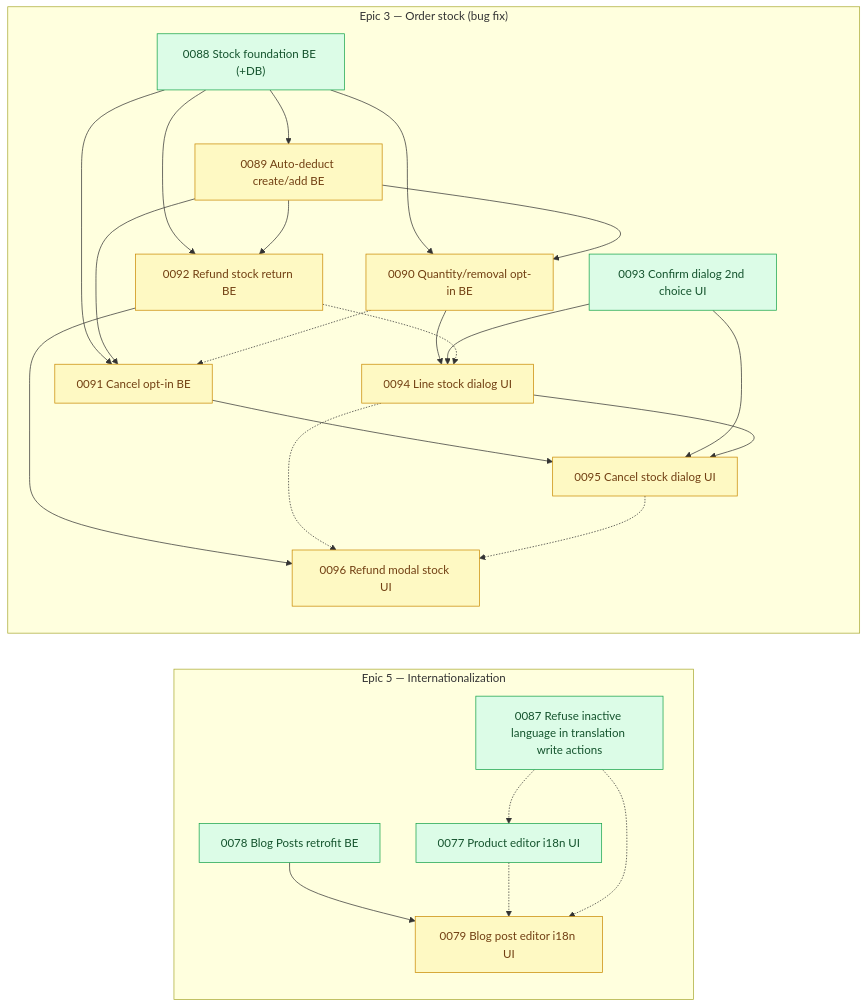
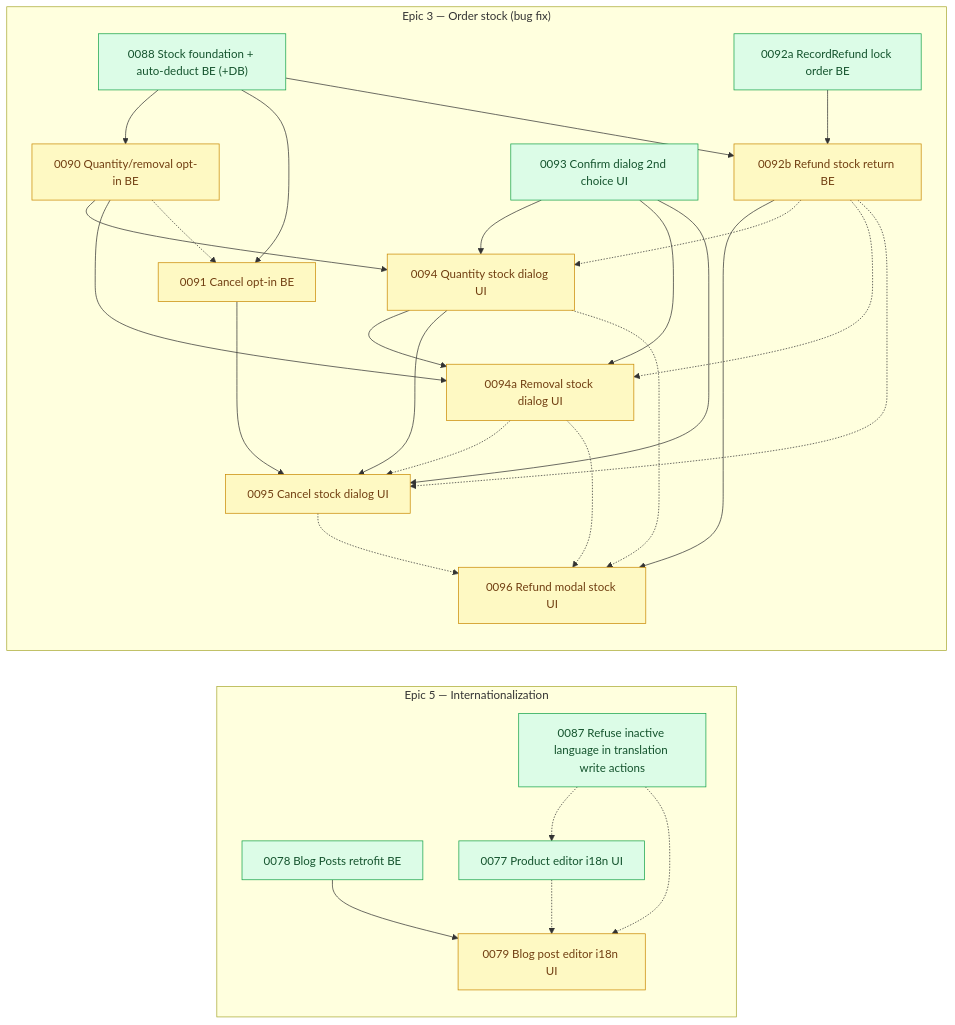
One commit to shojen/AI4Devs-finalproject changed the diagram in arospe/ai-spec/tasks-map.md. Above: the diagram before and after it, drawn with Mermaid. The commit also changed other lines of this file and 14 other files, not shown here.

First line of the commit message:
docs(tasks): rewrite order stock stories after the first INVEST review

```diff
--- a/arospe/ai-spec/tasks-map.md
+++ b/arospe/ai-spec/tasks-map.md
@@ -576,35 +579,41 @@
 
     subgraph PEND_STOCK["Epic 3 — Order stock (bug fix)"]
         direction TB
-        P0088["0088 Stock foundation BE (+DB)"]
-        P0089["0089 Auto-deduct create/add BE"]
+        P0088["0088 Stock foundation + auto-deduct BE (+DB)"]
         P0090["0090 Quantity/removal opt-in BE"]
         P0091["0091 Cancel opt-in BE"]
-        P0092["0092 Refund stock return BE"]
+        P0092a["0092a RecordRefund lock order BE"]
+        P0092b["0092b Refund stock return BE"]
         P0093["0093 Confirm dialog 2nd choice UI"]
-        P0094["0094 Line stock dialog UI"]
+        P0094["0094 Quantity stock dialog UI"]
+        P0094a["0094a Removal stock dialog UI"]
         P0095["0095 Cancel stock dialog UI"]
         P0096["0096 Refund modal stock UI"]
     end
-    P0088 --> P0089
+    %% (P0089 merged into P0088 and P0092 split into P0092a/P0092b on 2026-11-08; their nodes and edges are dropped.)
     P0088 --> P0090
     P0088 --> P0091
-    P0088 --> P0092
-    P0089 --> P0090
-    P0089 --> P0091
-    P0089 --> P0092
+    P0088 --> P0092b
+    P0092a --> P0092b
     P0090 --> P0094
     P0093 --> P0094
+    P0090 --> P0094a
+    P0093 --> P0094a
+    P0094 --> P0094a
     P0091 --> P0095
     P0093 --> P0095
     P0094 --> P0095
-    P0092 --> P0096
+    P0092b --> P0096
     P0090 -.-> P0091
+    P0092b -.-> P0094
+    P0092b -.-> P0094a
+    P0092b -.-> P0095
+    P0094a -.-> P0095
     P0094 -.-> P0096
+    P0094a -.-> P0096
     P0095 -.-> P0096
-    P0092 -.-> P0094
-    class P0088,P0093 ready;
-    class P0089,P0090,P0091,P0092,P0094,P0095,P0096 pending;
+    class P0088,P0092a,P0093 ready;
+    class P0090,P0091,P0092b,P0094,P0094a,P0095,P0096 pending;
 
     %% Standalone (no PRD epic)
     %% (P0082's own node dropped: 0082 closed to done/ this pass, per the update at the top of this file.)
```
